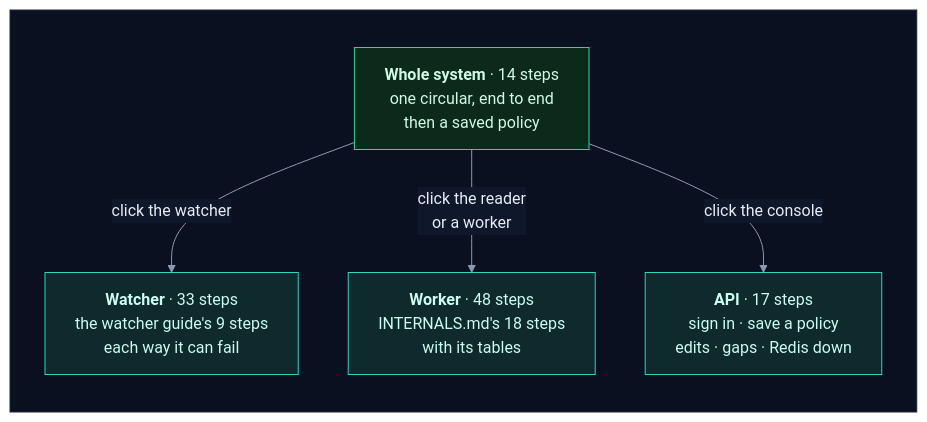
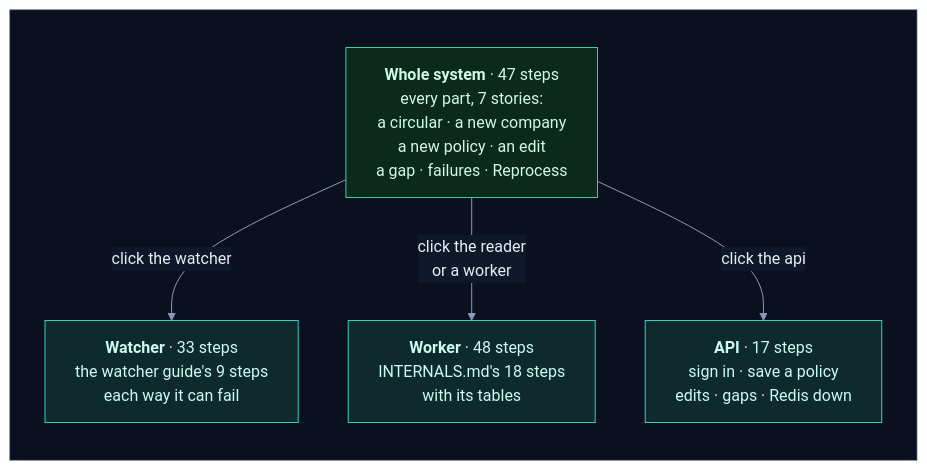
Diagram 47 of 57 in how_it_works.md (selvakumarperumal/Regulatory_Circular_Impact_Agent), drawn with Mermaid before and after one commit. The commit also changed other lines of this file and 4 other files, not shown here.

Commit message:
Rebuild the whole-system animation: every part, seven stories, a medium-sized picture

````diff
--- a/how_it_works.md
+++ b/how_it_works.md
@@ -2399,16 +2399,16 @@
 ```mermaid
 %%{init: {"theme": "base", "flowchart": {"diagramPadding": 0}, "themeVariables": {"darkMode": true, "primaryColor": "#16213a", "primaryTextColor": "#e6edf7", "primaryBorderColor": "#475a7a", "lineColor": "#8b9bb4", "secondaryColor": "#1b2436", "tertiaryColor": "#101a2e", "edgeLabelBackground": "#0f172a", "textColor": "#e2e8f0", "clusterBkg": "#0f1728", "clusterBorder": "#2b3a55", "titleColor": "#c4b5fd", "nodeTextColor": "#e6edf7"}}}%%
 flowchart TD
     subgraph canvas[" "]
         direction TB
-        sys["<b>Whole system</b> · 14 steps<br/>one circular, end to end<br/>then a saved policy"]
+        sys["<b>Whole system</b> · 47 steps<br/>every part, 7 stories:<br/>a circular · a new company<br/>a new policy · an edit<br/>a gap · failures · Reprocess"]
         sys -->|"click the watcher"| wa["<b>Watcher</b> · 33 steps<br/>the watcher guide's 9 steps<br/>each way it can fail"]
         sys -->|"click the reader<br/>or a worker"| wo["<b>Worker</b> · 48 steps<br/>INTERNALS.md's 18 steps<br/>with its tables"]
-        sys -->|"click the console"| ap["<b>API</b> · 17 steps<br/>sign in · save a policy<br/>edits · gaps · Redis down"]
+        sys -->|"click the api"| ap["<b>API</b> · 17 steps<br/>sign in · save a policy<br/>edits · gaps · Redis down"]
     end
     classDef svc fill:#0e2a2c,stroke:#2dd4bf,color:#ccfbf1
     classDef ok fill:#0b2a1c,stroke:#34d399,color:#d1fae5
     class sys ok
     class wa,wo,ap svc
     style canvas fill:#0b1020,stroke:#1e293b,color:#0b1020
 ```
````
